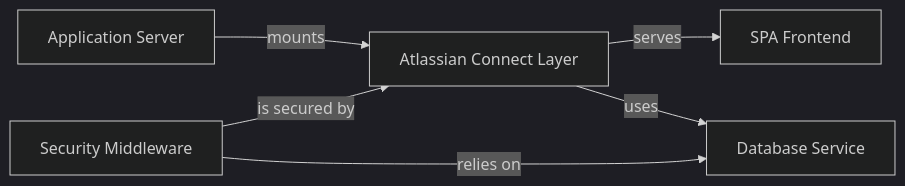
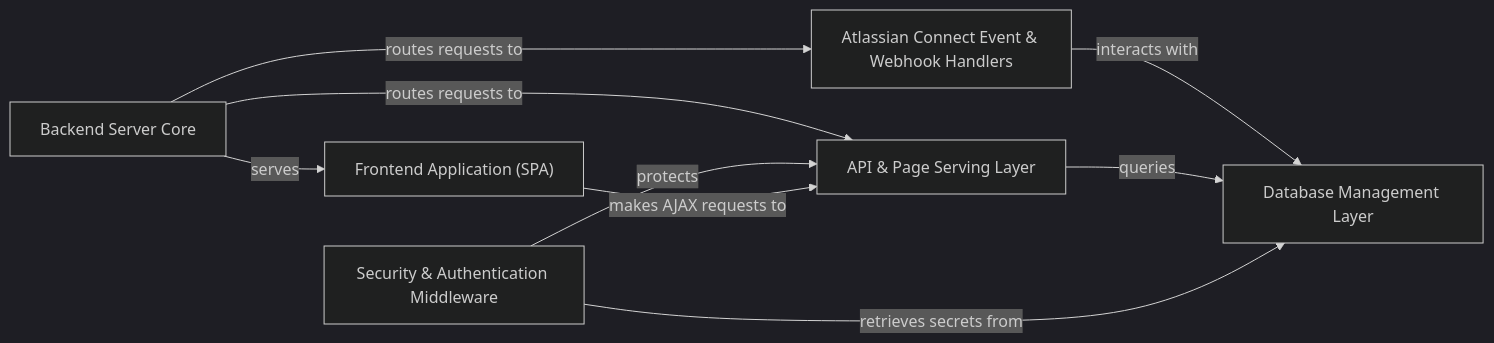
One commit to CodeBoarding/GeneratedOnBoardings changed the diagram in atlassian-connect-example-app-node/on_boarding.md. Above: the diagram before and after it, drawn with Mermaid (dark theme). The commit also changed other lines of this file and 8 other files, not shown here.

Commit message:
Uploading onboarding materials for atlassian-connect-example-app-node

````diff
--- a/atlassian-connect-example-app-node/on_boarding.md
+++ b/atlassian-connect-example-app-node/on_boarding.md
@@ -1,16 +1,22 @@
 ```mermaid
 graph LR
-    Application_Server["Application Server"]
-    Atlassian_Connect_Layer["Atlassian Connect Layer"]
-    Security_Middleware["Security Middleware"]
-    Database_Service["Database Service"]
-    SPA_Frontend["SPA Frontend"]
-    Application_Server -- "mounts" --> Atlassian_Connect_Layer
-    Security_Middleware -- "is secured by" --> Atlassian_Connect_Layer
-    Atlassian_Connect_Layer -- "serves" --> SPA_Frontend
-    Security_Middleware -- "relies on" --> Database_Service
-    Atlassian_Connect_Layer -- "uses" --> Database_Service
-    click Application_Server href "https://github.com/CodeBoarding/GeneratedOnBoardings/blob/main/atlassian-connect-example-app-node/Application_Server.md" "Details"
-    click Atlassian_Connect_Layer href "https://github.com/CodeBoarding/GeneratedOnBoardings/blob/main/atlassian-connect-example-app-node/Atlassian_Connect_Layer.md" "Details"
-    click SPA_Frontend href "https://github.com/CodeBoarding/GeneratedOnBoardings/blob/main/atlassian-connect-example-app-node/SPA_Frontend.md" "Details"
+    Frontend_Application_SPA_["Frontend Application (SPA)"]
+    Backend_Server_Core["Backend Server Core"]
+    Atlassian_Connect_Event_Webhook_Handlers["Atlassian Connect Event & Webhook Handlers"]
+    Database_Management_Layer["Database Management Layer"]
+    API_Page_Serving_Layer["API & Page Serving Layer"]
+    Security_Authentication_Middleware["Security & Authentication Middleware"]
+    Backend_Server_Core -- "routes requests to" --> Atlassian_Connect_Event_Webhook_Handlers
+    Backend_Server_Core -- "routes requests to" --> API_Page_Serving_Layer
+    Backend_Server_Core -- "serves" --> Frontend_Application_SPA_
+    Atlassian_Connect_Event_Webhook_Handlers -- "interacts with" --> Database_Management_Layer
+    API_Page_Serving_Layer -- "queries" --> Database_Management_Layer
+    Security_Authentication_Middleware -- "protects" --> API_Page_Serving_Layer
+    Security_Authentication_Middleware -- "retrieves secrets from" --> Database_Management_Layer
+    Frontend_Application_SPA_ -- "makes AJAX requests to" --> API_Page_Serving_Layer
+    click Frontend_Application_SPA_ href "https://github.com/CodeBoarding/GeneratedOnBoardings/blob/main/atlassian-connect-example-app-node/Frontend_Application_SPA_.md" "Details"
+    click Backend_Server_Core href "https://github.com/CodeBoarding/GeneratedOnBoardings/blob/main/atlassian-connect-example-app-node/Backend_Server_Core.md" "Details"
+    click Atlassian_Connect_Event_Webhook_Handlers href "https://github.com/CodeBoarding/GeneratedOnBoardings/blob/main/atlassian-connect-example-app-node/Atlassian_Connect_Event_Webhook_Handlers.md" "Details"
+    click API_Page_Serving_Layer href "https://github.com/CodeBoarding/GeneratedOnBoardings/blob/main/atlassian-connect-example-app-node/API_Page_Serving_Layer.md" "Details"
+    click Security_Authentication_Middleware href "https://github.com/CodeBoarding/GeneratedOnBoardings/blob/main/atlassian-connect-example-app-node/Security_Authentication_Middleware.md" "Details"
 ```
````
